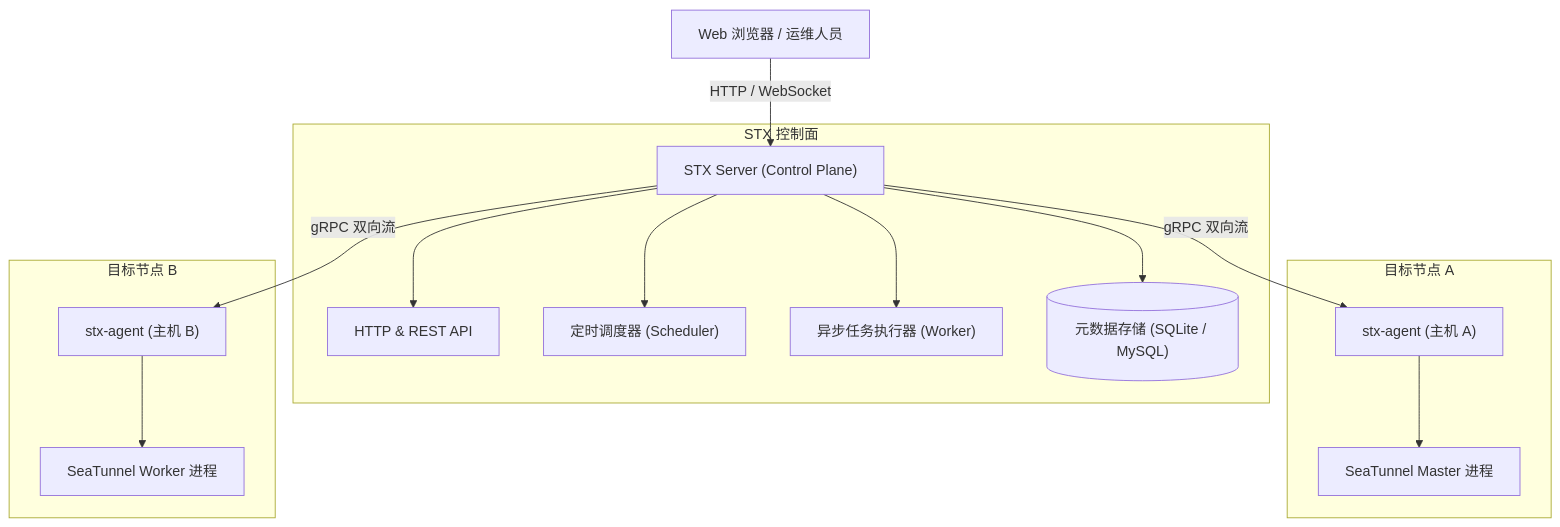
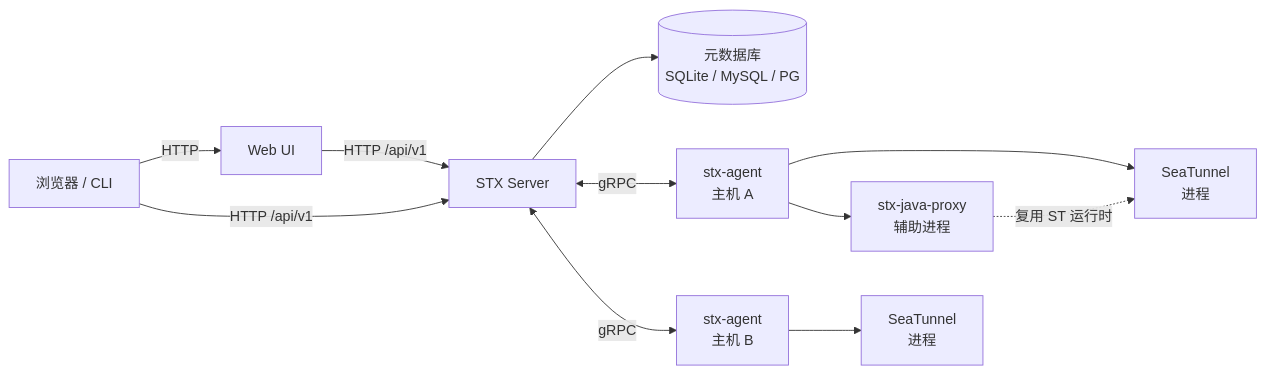
Before and after one commit to LeonYoah/stx-website: the first of 2 diagrams in docs/architecture/overview.md, drawn with Mermaid. The commit also changed other lines of this file and 17 other files, not shown here.

First line of the commit message:
docs: 重写主机/集群与 CLI 文档，补审计截图与写作约定

````diff
--- a/docs/architecture/overview.md
+++ b/docs/architecture/overview.md
@@ -13,22 +37,13 @@
 ```mermaid
-graph TD
-    User["Web 浏览器 / 运维人员"] -->|HTTP / WebSocket| Server["STX Server (Control Plane)"]
-    
-    subgraph ControlPlane ["STX 控制面"]
-        Server --> API["HTTP & REST API"]
-        Server --> Scheduler["定时调度器 (Scheduler)"]
-        Server --> Worker["异步任务执行器 (Worker)"]
-        Server --> MetaDB[("元数据存储 (SQLite / MySQL)")]
-    end
-    
-    Server -->|gRPC 双向流| Agent1["stx-agent (主机 A)"]
-    Server -->|gRPC 双向流| Agent2["stx-agent (主机 B)"]
-    
-    subgraph NodeA ["目标节点 A"]
-        Agent1 --> ST_Master["SeaTunnel Master 进程"]
-    end
-    
-    subgraph NodeB ["目标节点 B"]
-        Agent2 --> ST_Worker["SeaTunnel Worker 进程"]
-    end
+flowchart LR
+  Browser["浏览器 / CLI"] -->|HTTP| FE["Web UI"]
+  FE -->|HTTP /api/v1| API["STX Server"]
+  Browser -->|HTTP /api/v1| API
+  API --> DB[("元数据库<br/>SQLite / MySQL / PG")]
+  API <-->|gRPC| AgentA["stx-agent<br/>主机 A"]
+  API <-->|gRPC| AgentB["stx-agent<br/>主机 B"]
+  AgentA --> STA["SeaTunnel<br/>进程"]
+  AgentA --> Proxy["stx-java-proxy<br/>辅助进程"]
+  AgentB --> STB["SeaTunnel<br/>进程"]
+  Proxy -.->|复用 ST 运行时| STA
 ```
````
